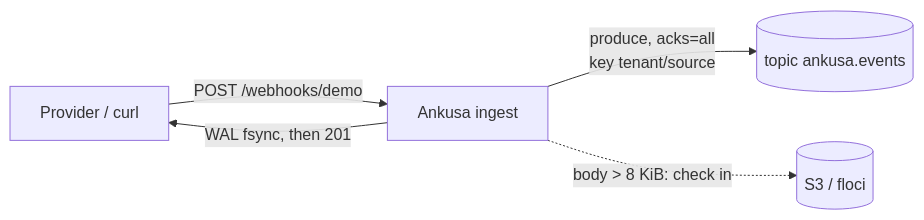
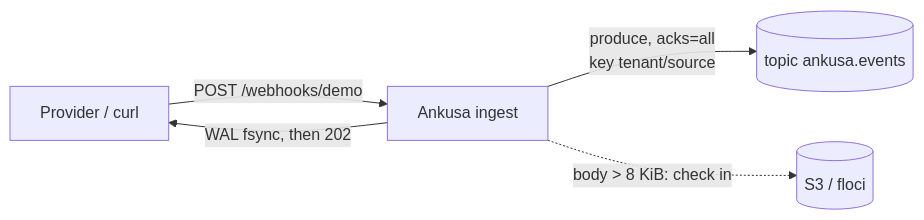
One commit to jamescarr/ankusa changed the second of 4 diagrams in examples/kafka-sqs-consumer/README.md. Above: the diagram before and after it, drawn with Mermaid. The commit also changed other lines of this file and 23 other files, not shown here.

````diff
--- a/examples/kafka-sqs-consumer/README.md
+++ b/examples/kafka-sqs-consumer/README.md
@@ -22,7 +22,7 @@
 ```mermaid
 flowchart LR
     P[Provider / curl] -->|POST /webhooks/demo| I[Ankusa ingest]
-    I -->|WAL fsync, then 201| P
+    I -->|WAL fsync, then 202| P
     I -->|"produce, acks=all\nkey tenant/source"| K[("topic ankusa.events")]
     I -.->|"body > 8 KiB: check in"| S[(S3 / floci)]
 ```
````
